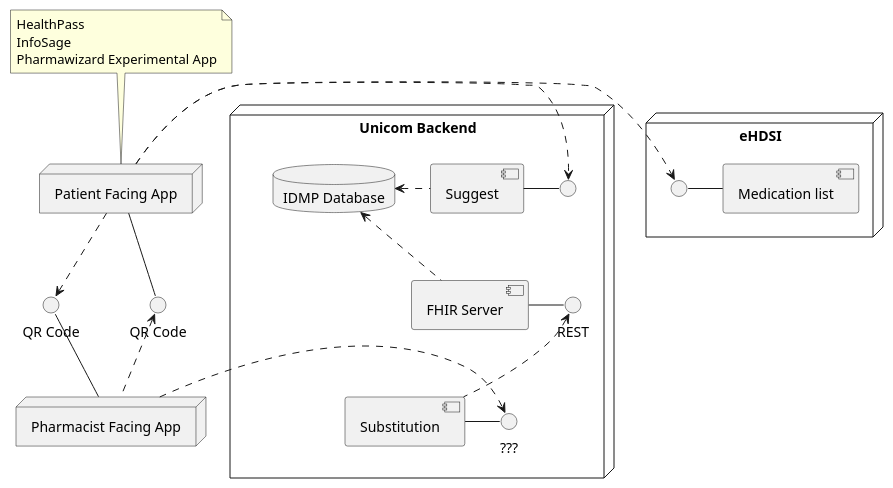
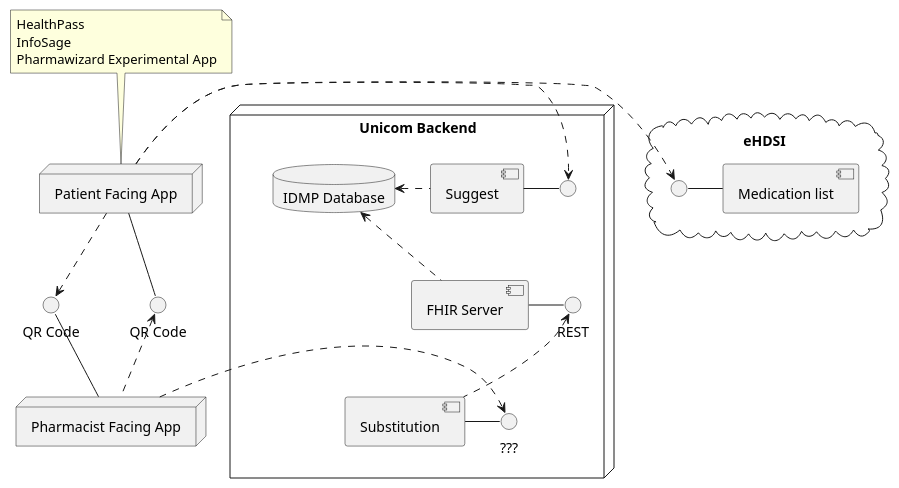
Before and after one commit to unicom-project-eu/wp6-db-api: the diagram in uml/component/component.puml, drawn with PlantUML.

Commit message:
Turned eHDSI into cloud

```diff
--- a/uml/component/component.puml
+++ b/uml/component/component.puml
@@ -1,69 +1,69 @@
 @startuml
 
 node "Unicom Backend" as unicomBackend {
     together {
         interface " " as suggestInt
         component "Suggest" as suggest
         suggest - suggestInt
 
         interface REST
         component "FHIR Server" as fhir
         fhir - REST
     }
 
     together {
         component "Substitution" as substitution
         interface "???" as substitutionInt
         substitution - substitutionInt
     }
 
     database "IDMP Database" as idmpDb
 
     idmpDb <.r. fhir
     idmpDb <.r. suggest
     suggest -[hidden]- fhir
     REST <.. substitution
 }
 
 together {
     interface "QR Code" as qrCodeUser
     interface "QR Code" as qrCodePharmacist
 }
 
 together {
     node "Patient Facing App" as patientApp {
     }
 
     patientApp .d.> qrCodePharmacist
     patientApp -d- qrCodeUser
     suggestInt <.l. patientApp
 
     note top of patientApp {
         HealthPass
         InfoSage
         Pharmawizard Experimental App
     }
 }
 
-node "eHDSI" {
+cloud "eHDSI" {
     together {
         component "Medication list" as medicationList
 
         interface " " as medicationListInt
         medicationListInt - medicationList
     }
 }
 
 patientApp .r.> medicationListInt
 
 together {
     node "Pharmacist Facing App" as pharmacistApp
 
     qrCodeUser <.d. pharmacistApp
     qrCodePharmacist -d- pharmacistApp
     substitutionInt <.l. pharmacistApp
 }
 
 unicomBackend -[hidden] patientApp
 
 @enduml
```
